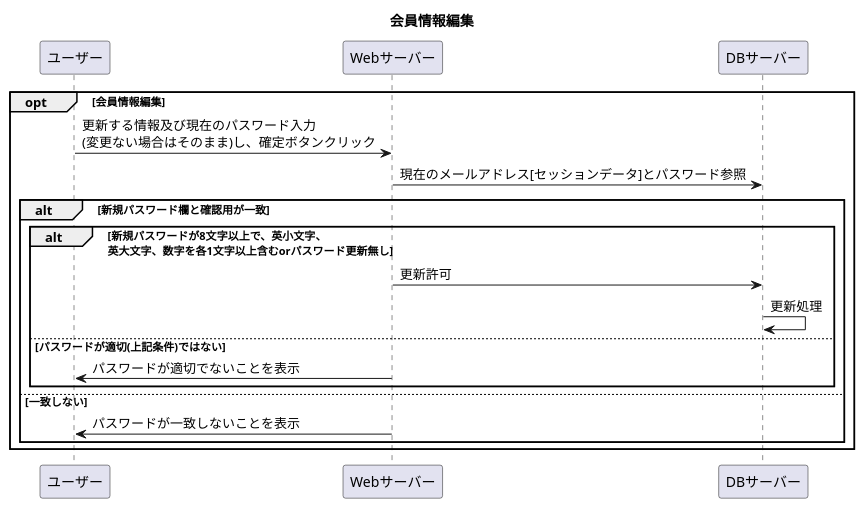
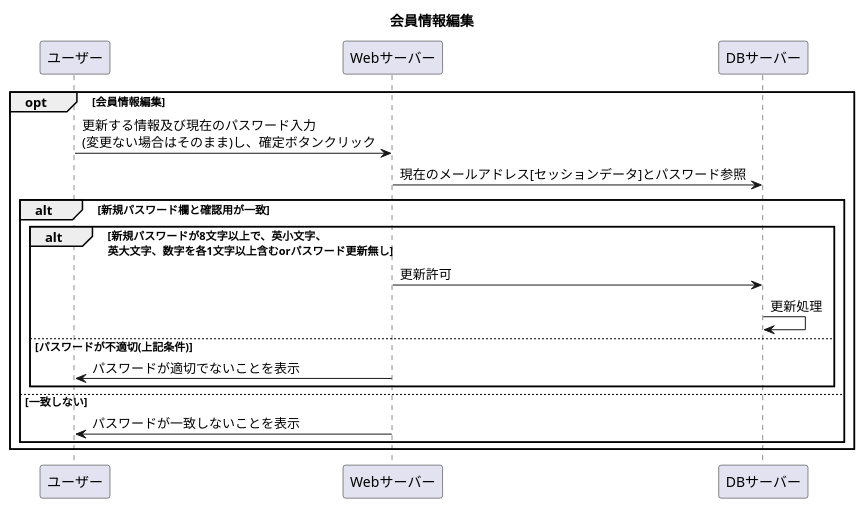
One commit to Aso2001227/Aso-Sports-1 changed the diagram in 設計書/02_業務フロー/Edit-Business-Flow.md. Above: the diagram before and after it, drawn with PlantUML.

````diff
--- a/設計書/02_業務フロー/Edit-Business-Flow.md
+++ b/設計書/02_業務フロー/Edit-Business-Flow.md
@@ -1,19 +1,19 @@
 ```uml
 @startuml
 title: 会員情報編集
 opt 会員情報編集
         ユーザー ->Webサーバー :更新する情報及び現在のパスワード入力\n(変更ない場合はそのまま)し、確定ボタンクリック
         Webサーバー -> DBサーバー : 現在のメールアドレス[セッションデータ]とパスワード参照
         alt 新規パスワード欄と確認用が一致
                 alt 新規パスワードが8文字以上で、英小文字、\n英大文字、数字を各1文字以上含むorパスワード更新無し
                        Webサーバー -> DBサーバー : 更新許可
                        DBサーバー -> DBサーバー : 更新処理
-                else パスワードが適切(上記条件)ではない
+                else パスワードが不適切(上記条件)
                         Webサーバー -> ユーザー : パスワードが適切でないことを表示
                 end
         else 一致しない
                 Webサーバー -> ユーザー : パスワードが一致しないことを表示
         end
 end
 @enduml
 ```
````
